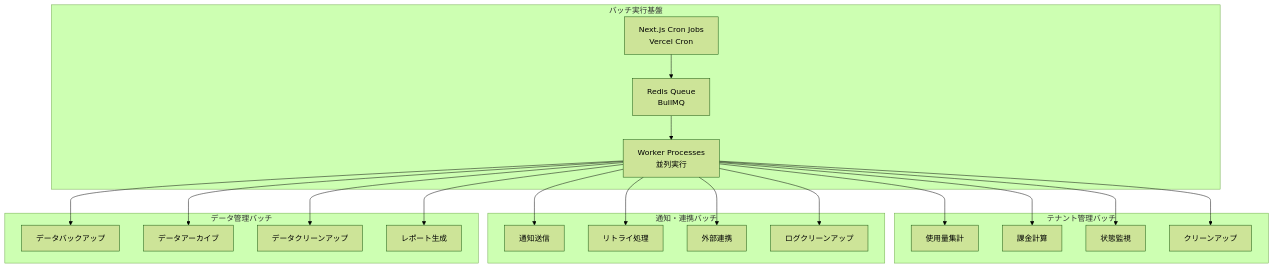
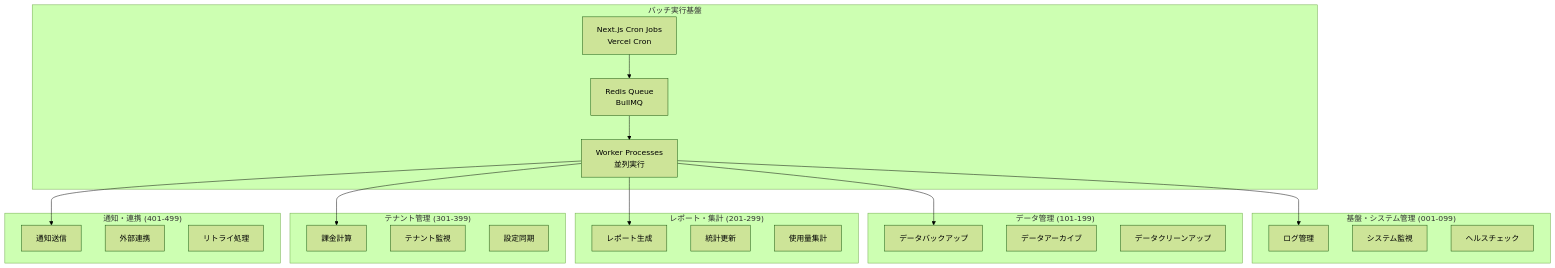
The diagram in docs/design/batch/バッチ一覧.md (sas-dx/skill-report-web), drawn with Mermaid (forest theme) before and after one commit. The commit also changed other lines of this file, not shown here.

````diff
--- a/docs/design/batch/バッチ一覧.md
+++ b/docs/design/batch/バッチ一覧.md
@@ -27,47 +49,47 @@
 ```mermaid
 graph TB
     subgraph "バッチ実行基盤"
         SCHEDULER[Next.js Cron Jobs<br/>Vercel Cron]
         QUEUE[Redis Queue<br/>BullMQ]
         WORKER[Worker Processes<br/>並列実行]
     end
     
-    subgraph "テナント管理バッチ"
-        TENANT_USAGE[使用量集計]
-        TENANT_BILLING[課金計算]
-        TENANT_MONITOR[状態監視]
-        TENANT_CLEANUP[クリーンアップ]
+    subgraph "基盤・システム管理 (001-099)"
+        SYS_LOG[ログ管理]
+        SYS_MONITOR[システム監視]
+        SYS_HEALTH[ヘルスチェック]
     end
     
-    subgraph "通知・連携バッチ"
-        NOTIFY_SEND[通知送信]
-        NOTIFY_RETRY[リトライ処理]
-        EXTERNAL_SYNC[外部連携]
-        LOG_CLEANUP[ログクリーンアップ]
-    end
-    
-    subgraph "データ管理バッチ"
+    subgraph "データ管理 (101-199)"
         DATA_BACKUP[データバックアップ]
         DATA_ARCHIVE[データアーカイブ]
         DATA_CLEANUP[データクリーンアップ]
+    end
+    
+    subgraph "レポート・集計 (201-299)"
         REPORT_GEN[レポート生成]
+        STATS_UPDATE[統計更新]
+        USAGE_CALC[使用量集計]
+    end
+    
+    subgraph "テナント管理 (301-399)"
+        TENANT_BILLING[課金計算]
+        TENANT_MONITOR[テナント監視]
+        TENANT_SYNC[設定同期]
+    end
+    
+    subgraph "通知・連携 (401-499)"
+        NOTIFY_SEND[通知送信]
+        EXTERNAL_SYNC[外部連携]
+        NOTIFY_RETRY[リトライ処理]
     end
     
     SCHEDULER --> QUEUE
     QUEUE --> WORKER
     
-    WORKER --> TENANT_USAGE
+    WORKER --> SYS_LOG
+    WORKER --> DATA_BACKUP
+    WORKER --> REPORT_GEN
     WORKER --> TENANT_BILLING
-    WORKER --> TENANT_MONITOR
-    WORKER --> TENANT_CLEANUP
-    
     WORKER --> NOTIFY_SEND
-    WORKER --> NOTIFY_RETRY
-    WORKER --> EXTERNAL_SYNC
-    WORKER --> LOG_CLEANUP
-    
-    WORKER --> DATA_BACKUP
-    WORKER --> DATA_ARCHIVE
-    WORKER --> DATA_CLEANUP
-    WORKER --> REPORT_GEN
 ```
````
